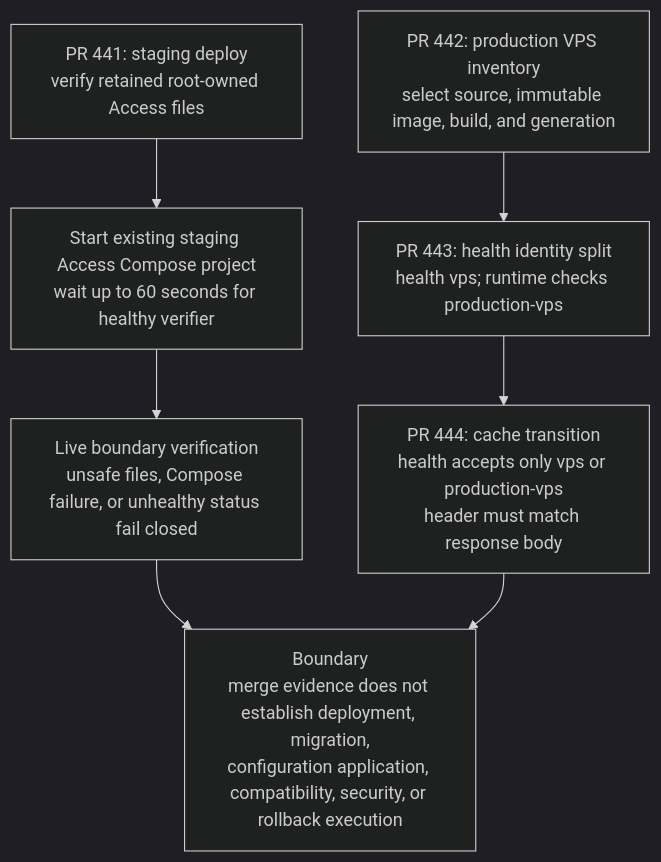
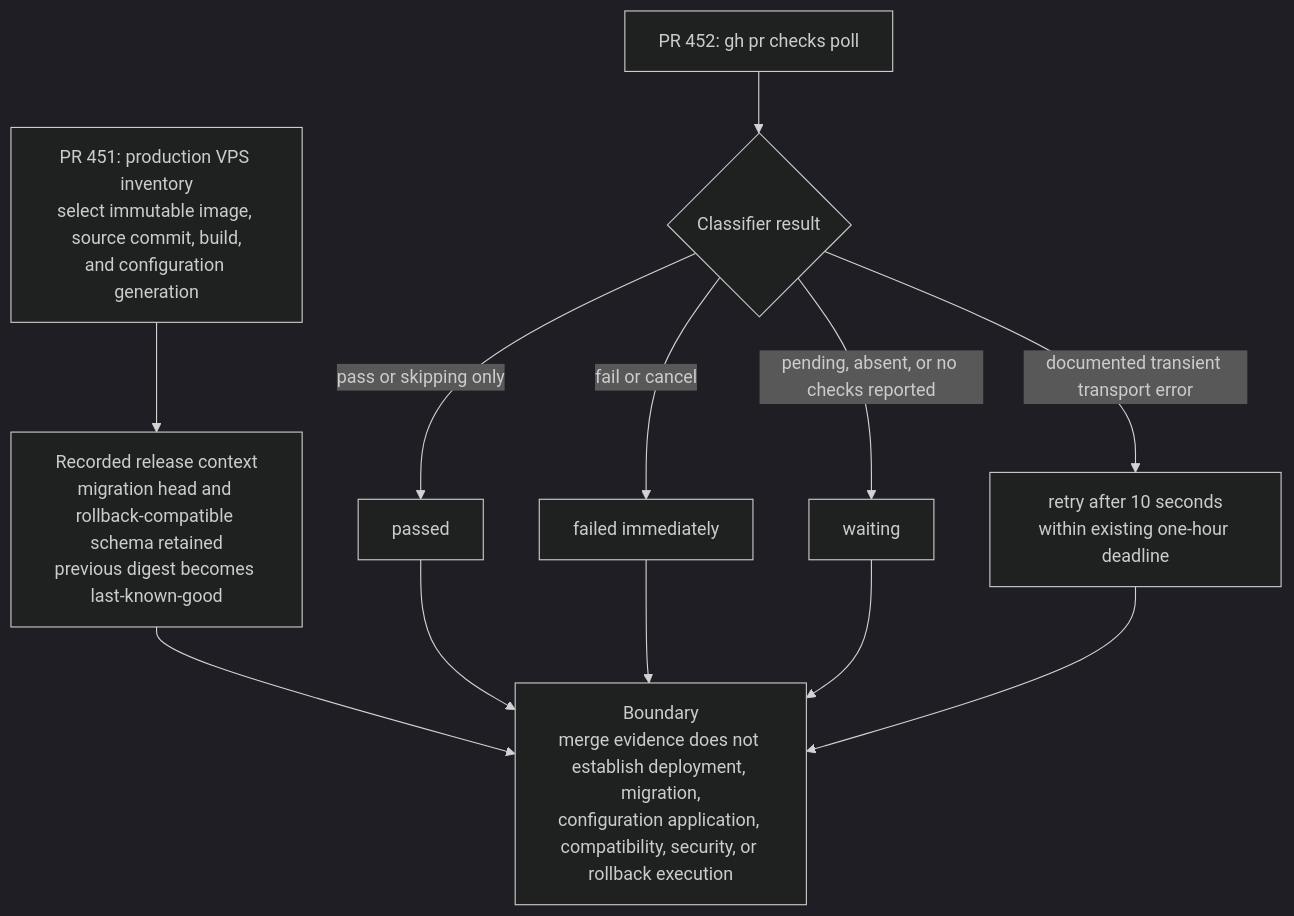
Before and after one commit to ramideltoro/nutsnews-docs: the diagram in diagrams/updates/AUTOMATED_NUTSNEWS_INFRA_MERGE_LOG.mmd, drawn with Mermaid (dark theme). The commit also changed 5 other files, not shown here.

```diff
--- a/diagrams/updates/AUTOMATED_NUTSNEWS_INFRA_MERGE_LOG.mmd
+++ b/diagrams/updates/AUTOMATED_NUTSNEWS_INFRA_MERGE_LOG.mmd
@@ -1,9 +1,14 @@
 flowchart TD
-  accTitle: NutsNews infrastructure merge sequence
-  accDescr: Four July 30 merges restore an auto-idled staging Access verifier, select a production VPS image, and constrain public health identity during a cache transition. Execution outcomes are not established by the merges.
-  A["PR 441: staging deploy\nverify retained root-owned Access files"] --> B["Start existing staging Access Compose project\nwait up to 60 seconds for healthy verifier"]
-  B --> C["Live boundary verification\nunsafe files, Compose failure, or unhealthy status fail closed"]
-  D["PR 442: production VPS inventory\nselect source, immutable image, build, and generation"] --> E["PR 443: health identity split\nhealth vps; runtime checks production-vps"]
-  E --> F["PR 444: cache transition\nhealth accepts only vps or production-vps\nheader must match response body"]
-  C --> G["Boundary\nmerge evidence does not establish deployment, migration,\nconfiguration application, compatibility, security, or rollback execution"]
-  F --> G
+  accTitle: NutsNews infrastructure merge updates
+  accDescr: Two July 30 merges select a qualified production VPS image and make promotion-check polling retry documented transient GitHub failures. Operational outcomes are not established by the merges.
+  A["PR 451: production VPS inventory\nselect immutable image, source commit, build,\nand configuration generation"] --> B["Recorded release context\nmigration head and rollback-compatible schema retained\nprevious digest becomes last-known-good"]
+  C["PR 452: gh pr checks poll"] --> D{"Classifier result"}
+  D -->|pass or skipping only| E["passed"]
+  D -->|fail or cancel| F["failed immediately"]
+  D -->|pending, absent, or no checks reported| G["waiting"]
+  D -->|documented transient transport error| H["retry after 10 seconds\nwithin existing one-hour deadline"]
+  B --> I["Boundary\nmerge evidence does not establish deployment, migration,\nconfiguration application, compatibility, security, or rollback execution"]
+  E --> I
+  F --> I
+  G --> I
+  H --> I
```
